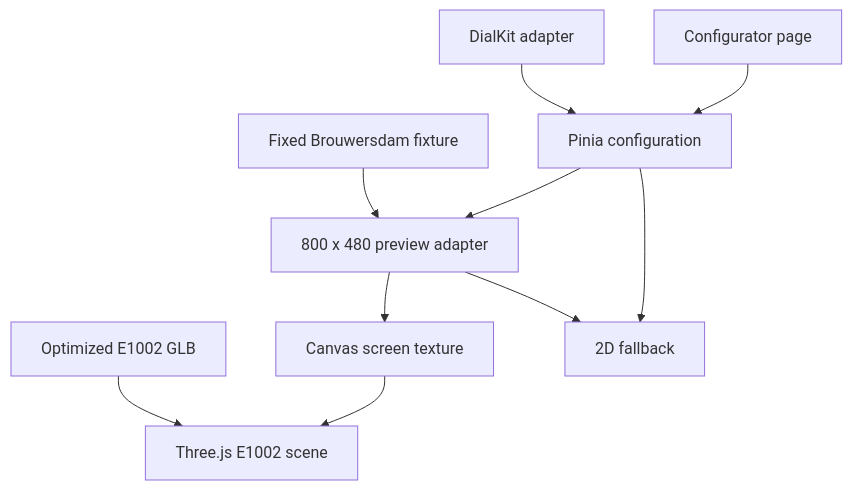
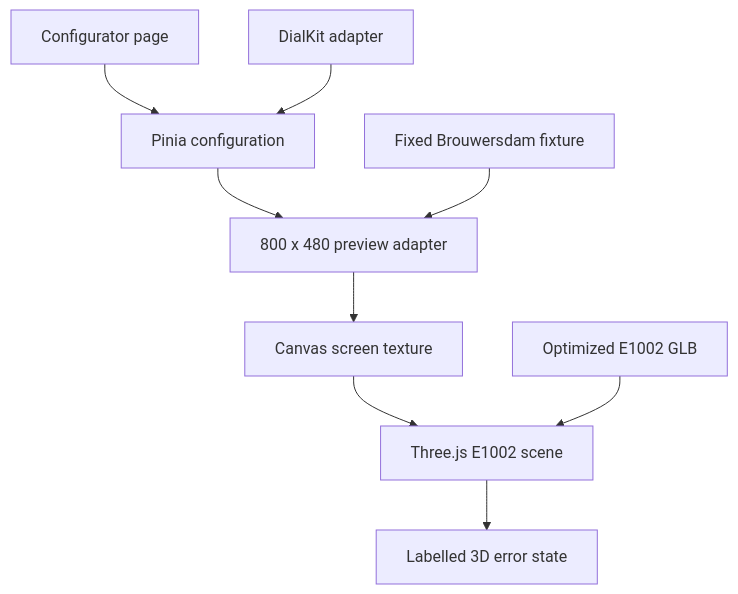
Before and after one commit to emieljanson/windscout: the first of 2 diagrams in docs/plans/2026-08-26-0724-feat-3d-configurator-prototype-plan.md, drawn with Mermaid. The commit also changed other lines of this file and 20 other files, not shown here.

````diff
--- a/docs/plans/2026-08-26-0724-feat-3d-configurator-prototype-plan.md
+++ b/docs/plans/2026-08-26-0724-feat-3d-configurator-prototype-plan.md
@@ -135,12 +136,11 @@
 ```mermaid
 flowchart TB
   Page[Configurator page] --> Store[Pinia configuration]
   Dial[DialKit adapter] --> Store
   Store --> Preview[800 x 480 preview adapter]
   Fixture[Fixed Brouwersdam fixture] --> Preview
   Preview --> Texture[Canvas screen texture]
   Texture --> Scene[Three.js E1002 scene]
   Model[Optimized E1002 GLB] --> Scene
-  Store --> Fallback[2D fallback]
-  Preview --> Fallback
+  Scene --> Error[Labelled 3D error state]
 ```
````
